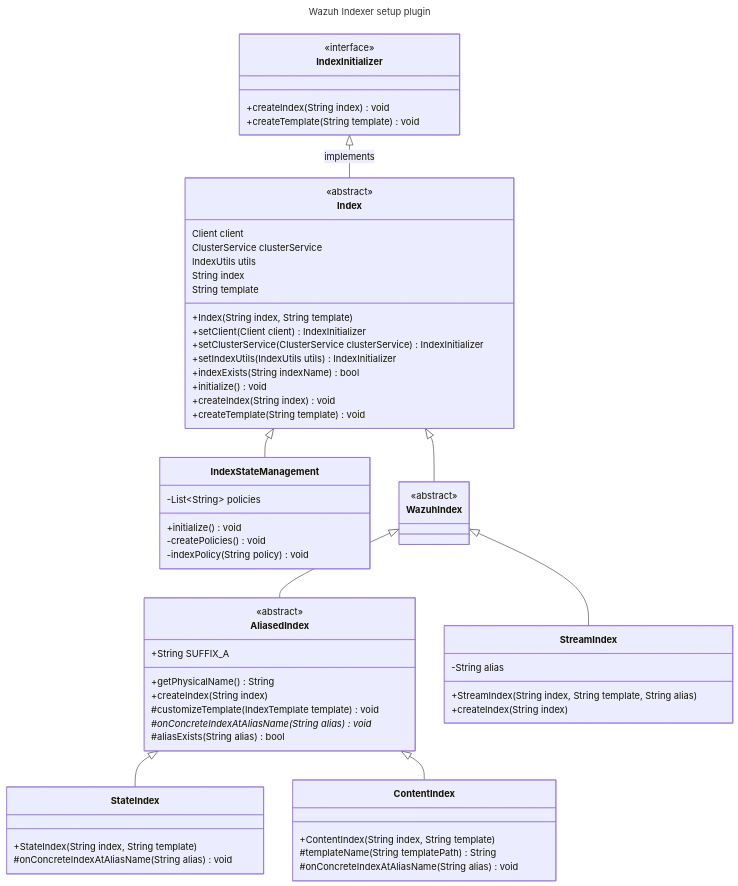
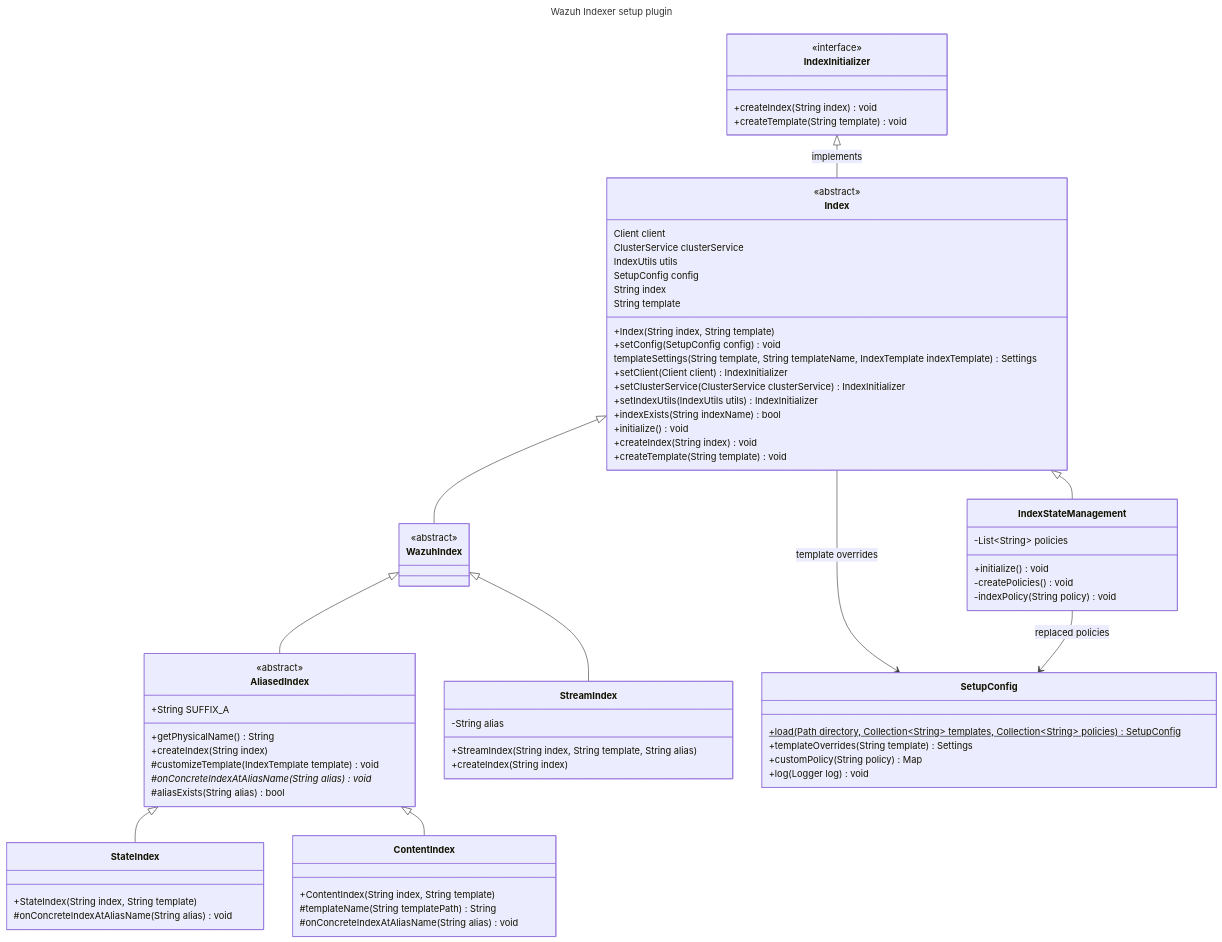
The first of 2 diagrams in docs/dev/plugins/setup.md (wazuh/wazuh-indexer-plugins), drawn with Mermaid before and after one commit. The commit also changed other lines of this file and 41 other files, not shown here.

Commit message:
Customize index settings and ISM policies through `setup.yml` (#1830)

```diff
--- a/docs/dev/plugins/setup.md
+++ b/docs/dev/plugins/setup.md
@@ -24,8 +24,11 @@
     class StateIndex
     class StreamIndex
     class ContentIndex
+    class SetupConfig
 
     %% Relations
+    Index --> SetupConfig : template overrides
+    IndexStateManagement --> SetupConfig : replaced policies
     IndexInitializer <|-- Index : implements
     Index <|-- IndexStateManagement
     Index <|-- WazuhIndex
@@ -43,9 +46,12 @@
         Client client
         ClusterService clusterService
         IndexUtils utils
+        SetupConfig config
         String index
         String template
         +Index(String index, String template)
+        +setConfig(SetupConfig config) void
+        templateSettings(String template, String templateName, IndexTemplate indexTemplate) Settings
         +setClient(Client client) IndexInitializer
         +setClusterService(ClusterService clusterService) IndexInitializer
         +setIndexUtils(IndexUtils utils) IndexInitializer
@@ -61,6 +67,12 @@
         -indexPolicy(String policy) void
     }
     class WazuhIndex {
+    }
+    class SetupConfig {
+        +load(Path directory, Collection~String~ templates, Collection~String~ policies) SetupConfig$
+        +templateOverrides(String template) Settings
+        +customPolicy(String policy) Map
+        +log(Logger log) void
     }
     class StreamIndex {
         -String alias
```
